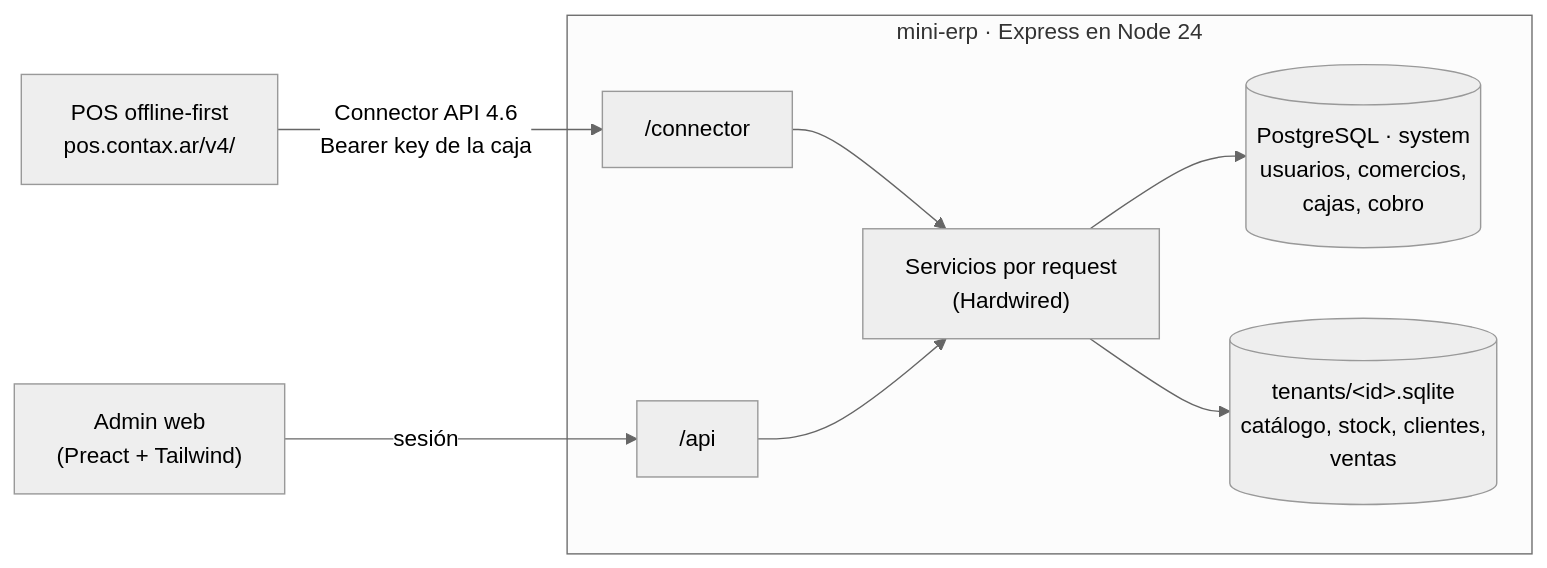
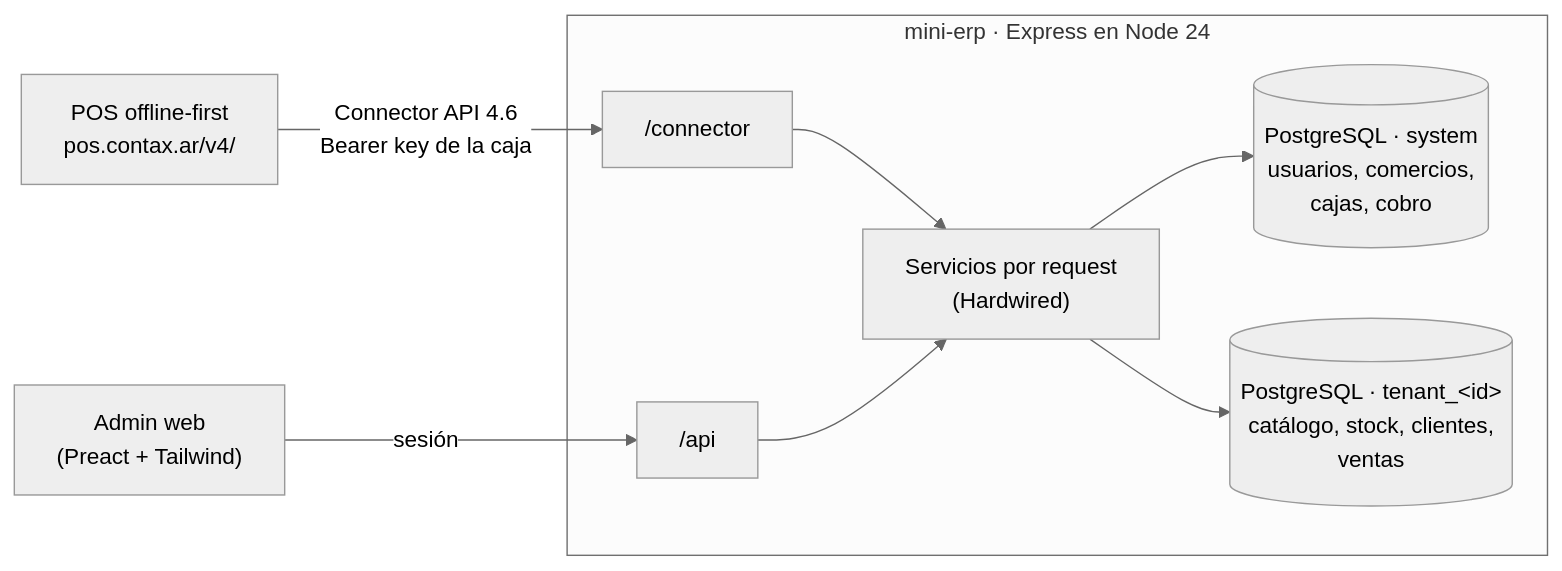
The first of 2 diagrams in README.md (rauldiazsolis/mini-erp), drawn with Mermaid (neutral theme) before and after one commit. The commit also changed other lines of this file and 2 other files, not shown here.

First line of the commit message:
docs: fase 4 de la migración a PostgreSQL hecha (spec, AGENTS.md y README)

````diff
--- a/README.md
+++ b/README.md
@@ -47,11 +48,11 @@
 ```mermaid
 flowchart LR
   POS["POS offline-first<br/>pos.contax.ar/v4/"] -->|"Connector API 4.6<br/>Bearer key de la caja"| C["/connector"]
   A["Admin web<br/>(Preact + Tailwind)"] -->|"sesión"| API["/api"]
   subgraph S["mini-erp · Express en Node 24"]
     C --> SV["Servicios por request<br/>(Hardwired)"]
     API --> SV
     SV --> SYS[("PostgreSQL · system<br/>usuarios, comercios,<br/>cajas, cobro")]
-    SV --> TEN[("tenants/&lt;id&gt;.sqlite<br/>catálogo, stock, clientes,<br/>ventas")]
+    SV --> TEN[("PostgreSQL · tenant_&lt;id&gt;<br/>catálogo, stock, clientes,<br/>ventas")]
   end
 ```
````
